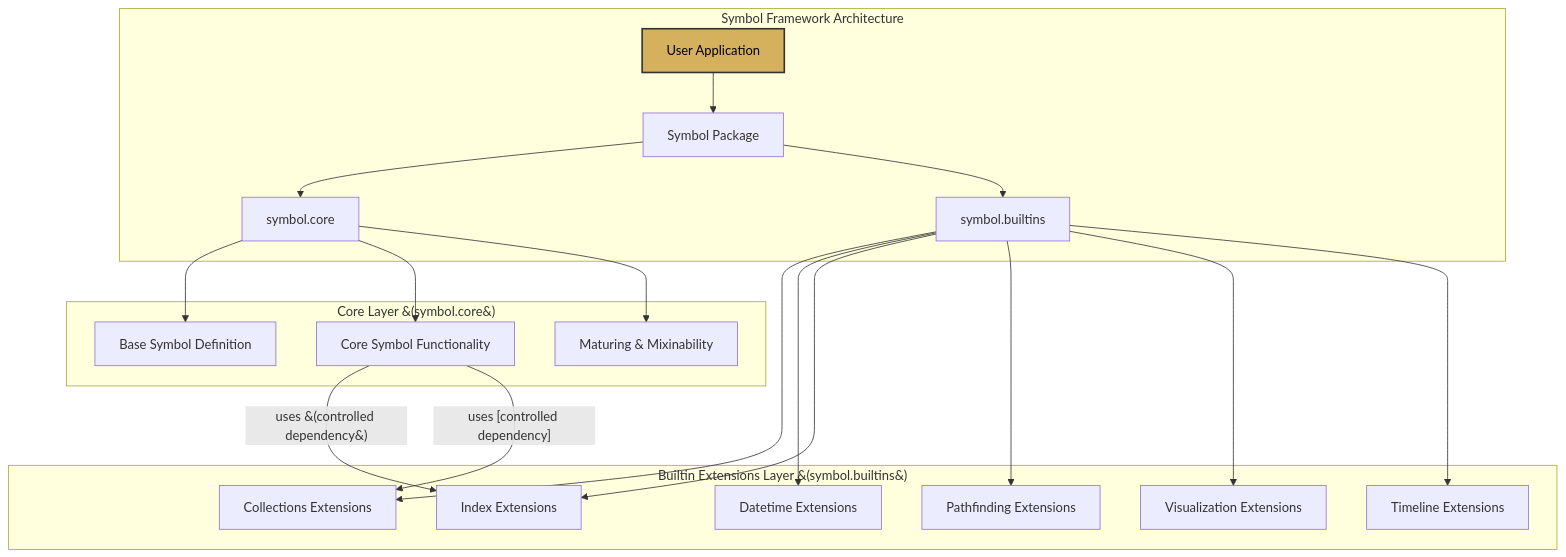
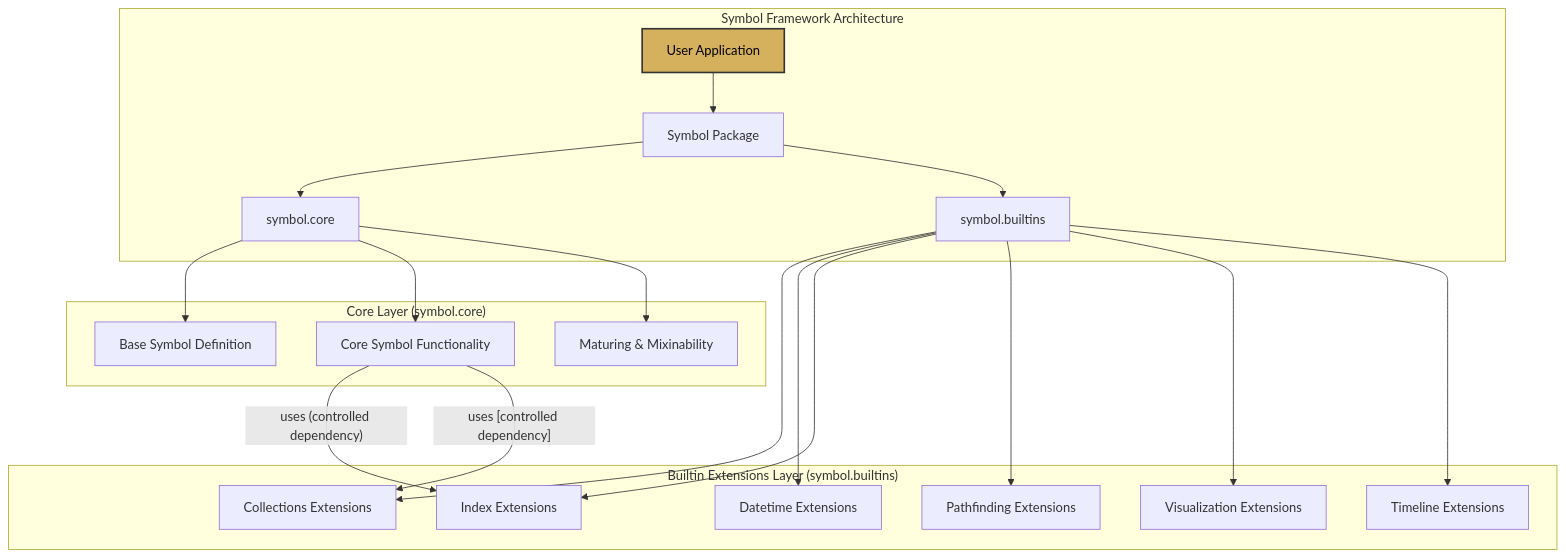
Before and after one commit to ikko/sym: the diagram in docs/readme_details/3_layered_architecture/layered_architecture.mmd, drawn with Mermaid. The commit also changed 15 other files, not shown here.

```diff
--- a/docs/readme_details/3_layered_architecture/layered_architecture.mmd
+++ b/docs/readme_details/3_layered_architecture/layered_architecture.mmd
@@ -1,28 +1,28 @@
 graph TD
     subgraph "Symbol Framework Architecture"
         A[User Application] --> B[Symbol Package];
         B --> C[symbol.core];
         B --> D[symbol.builtins];
     end
 
-    subgraph "Core Layer &#40;symbol.core&#41;"
+    subgraph "Core Layer #40;symbol.core#41;"
         C --> C1[Base Symbol Definition];
         C --> C2[Core Symbol Functionality];
         C --> C3[Maturing & Mixinability];
     end
 
-    subgraph "Builtin Extensions Layer &#40;symbol.builtins&#41;"
+    subgraph "Builtin Extensions Layer #40;symbol.builtins#41;"
         D --> D1[Collections Extensions];
         D --> D2[Datetime Extensions];
         D --> D3[Index Extensions];
         D --> D4[Pathfinding Extensions];
         D --> D5[Visualization Extensions];
         D --> D6[Timeline Extensions];
     end
 
-    C2 -- "uses &#40;controlled dependency&#41;" --> D3;
+    C2 -- "uses #40;controlled dependency#41;" --> D3;
     C2 -- "uses [controlled dependency]" --> D1;
 
     style A fill:#d5b05d,stroke:#333,stroke-width:2px,color:#000000;
 
     style A fill:#d5b05d,stroke:#333,stroke-width:2px,color:#000000;
```
